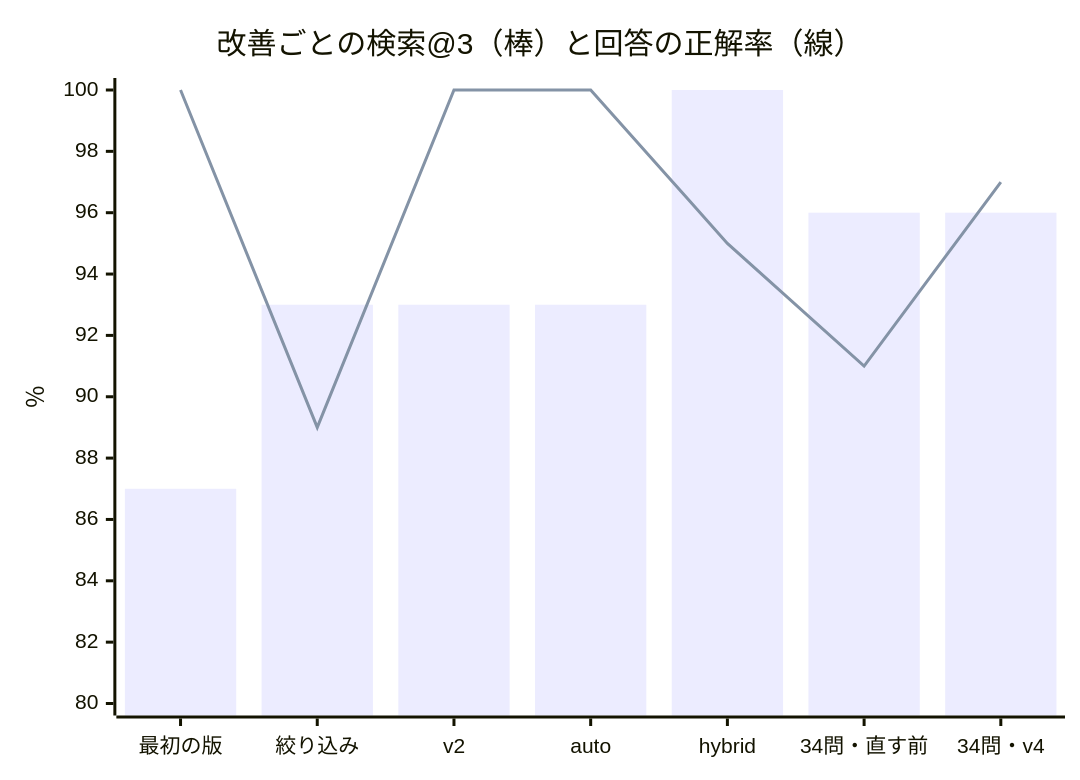
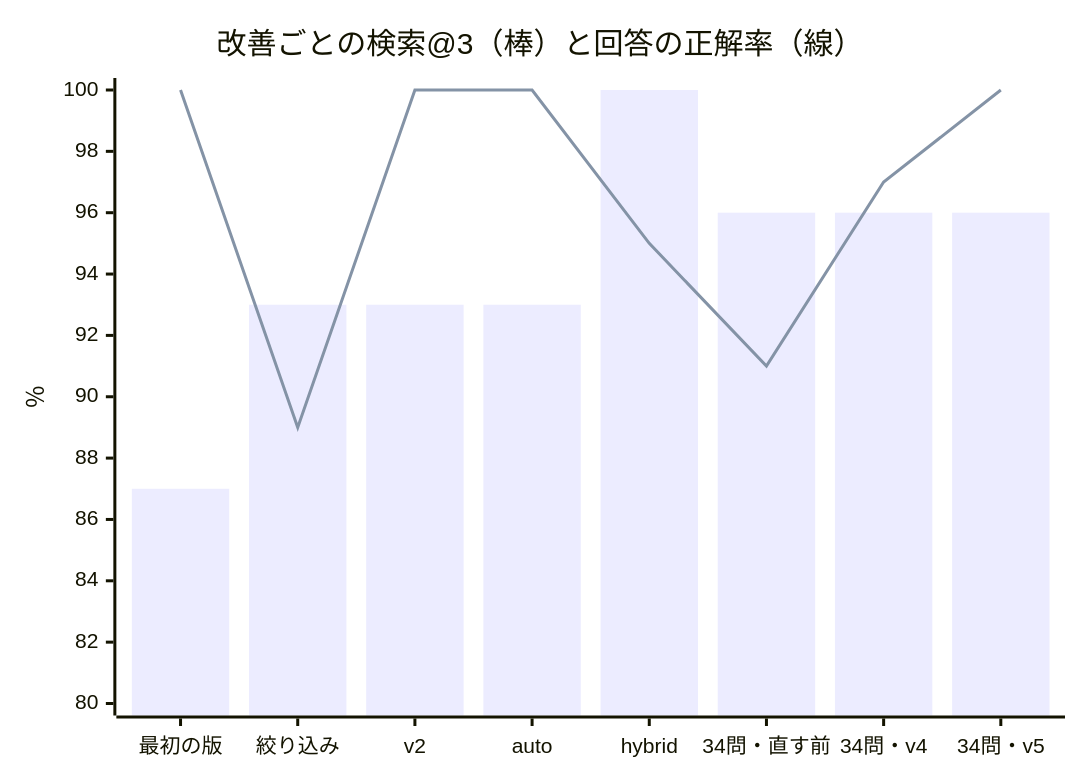
One commit to ysk-rk/ff14-patch-qa changed the diagram in README.md. Above: the diagram before and after it, drawn with Mermaid. The commit also changed other lines of this file and 1 other file, not shown here.

````diff
--- a/README.md
+++ b/README.md
@@ -43,8 +44,8 @@
 ```mermaid
 xychart-beta
     title "改善ごとの検索@3（棒）と回答の正解率（線）"
-    x-axis ["最初の版", "絞り込み", "v2", "auto", "hybrid", "34問・直す前", "34問・v4"]
+    x-axis ["最初の版", "絞り込み", "v2", "auto", "hybrid", "34問・直す前", "34問・v4", "34問・v5"]
     y-axis "％" 80 --> 100
-    bar [87, 93, 93, 93, 100, 96, 96]
-    line [100, 89, 100, 100, 95, 91, 97]
+    bar [87, 93, 93, 93, 100, 96, 96, 96]
+    line [100, 89, 100, 100, 95, 91, 97, 100]
 ```
````
